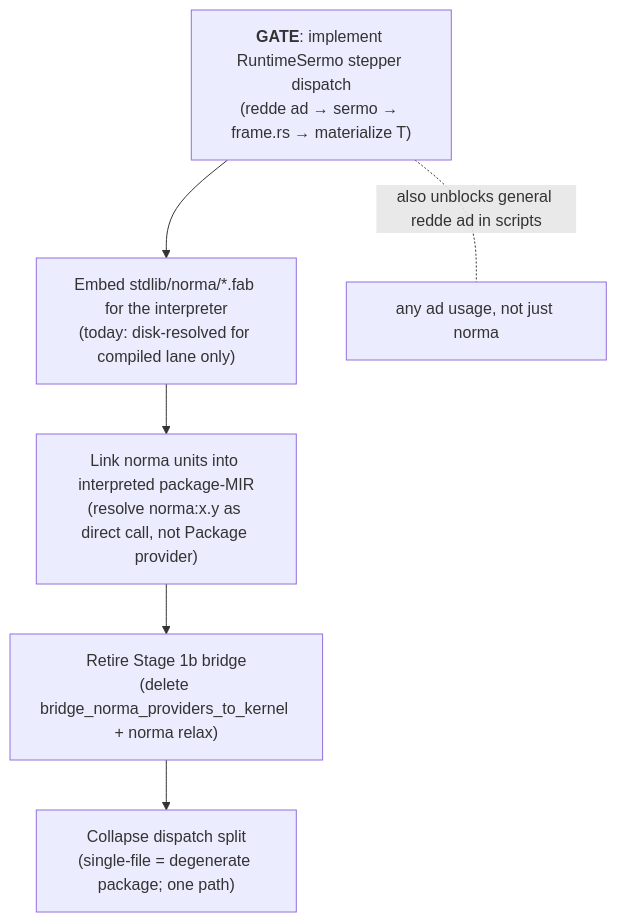
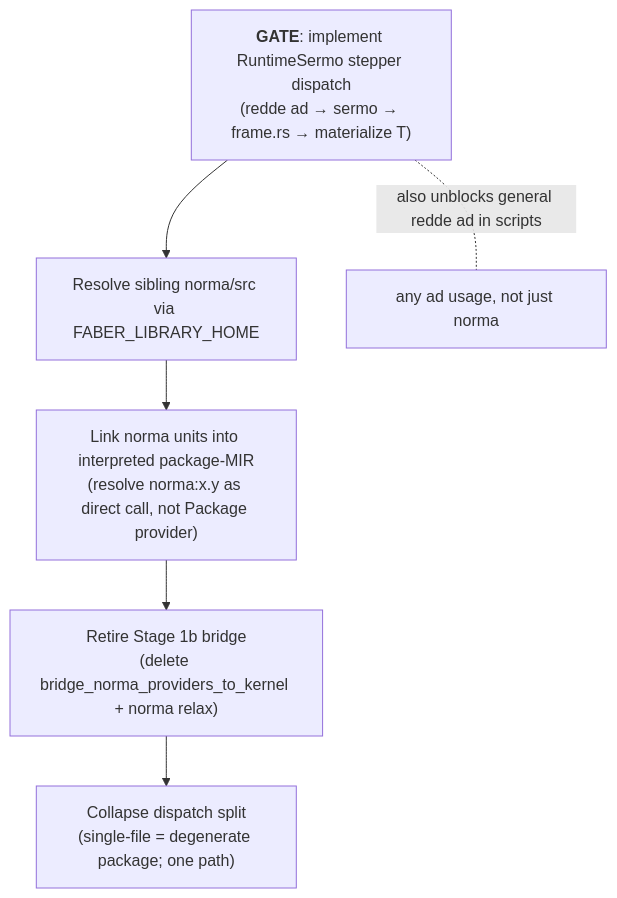
Before and after one commit to faberlang/faber: the diagram in docs/factory/faber-script-runtime/scoping-norma-over-gateway.md, drawn with Mermaid. The commit also changed other lines of this file and 45 other files, not shown here.

````diff
--- a/docs/factory/faber-script-runtime/scoping-norma-over-gateway.md
+++ b/docs/factory/faber-script-runtime/scoping-norma-over-gateway.md
@@ -56,11 +56,11 @@
 ```mermaid
 flowchart TD
   GATE["<b>GATE</b>: implement RuntimeSermo stepper dispatch<br/>(redde ad → sermo → frame.rs → materialize T)"]
-  EMBED["Embed stdlib/norma/*.fab for the interpreter<br/>(today: disk-resolved for compiled lane only)"]
+  EMBED["Resolve sibling norma/src via FABER_LIBRARY_HOME"]
   LINK["Link norma units into interpreted package-MIR<br/>(resolve norma:x.y as direct call, not Package provider)"]
   RETIRE["Retire Stage 1b bridge<br/>(delete bridge_norma_providers_to_kernel + norma relax)"]
   COLLAPSE["Collapse dispatch split<br/>(single-file = degenerate package; one path)"]
 
   GATE --> EMBED --> LINK --> RETIRE --> COLLAPSE
   GATE -. "also unblocks general redde ad in scripts" .- UNBLOCK["any ad usage, not just norma"]
 ```
````
